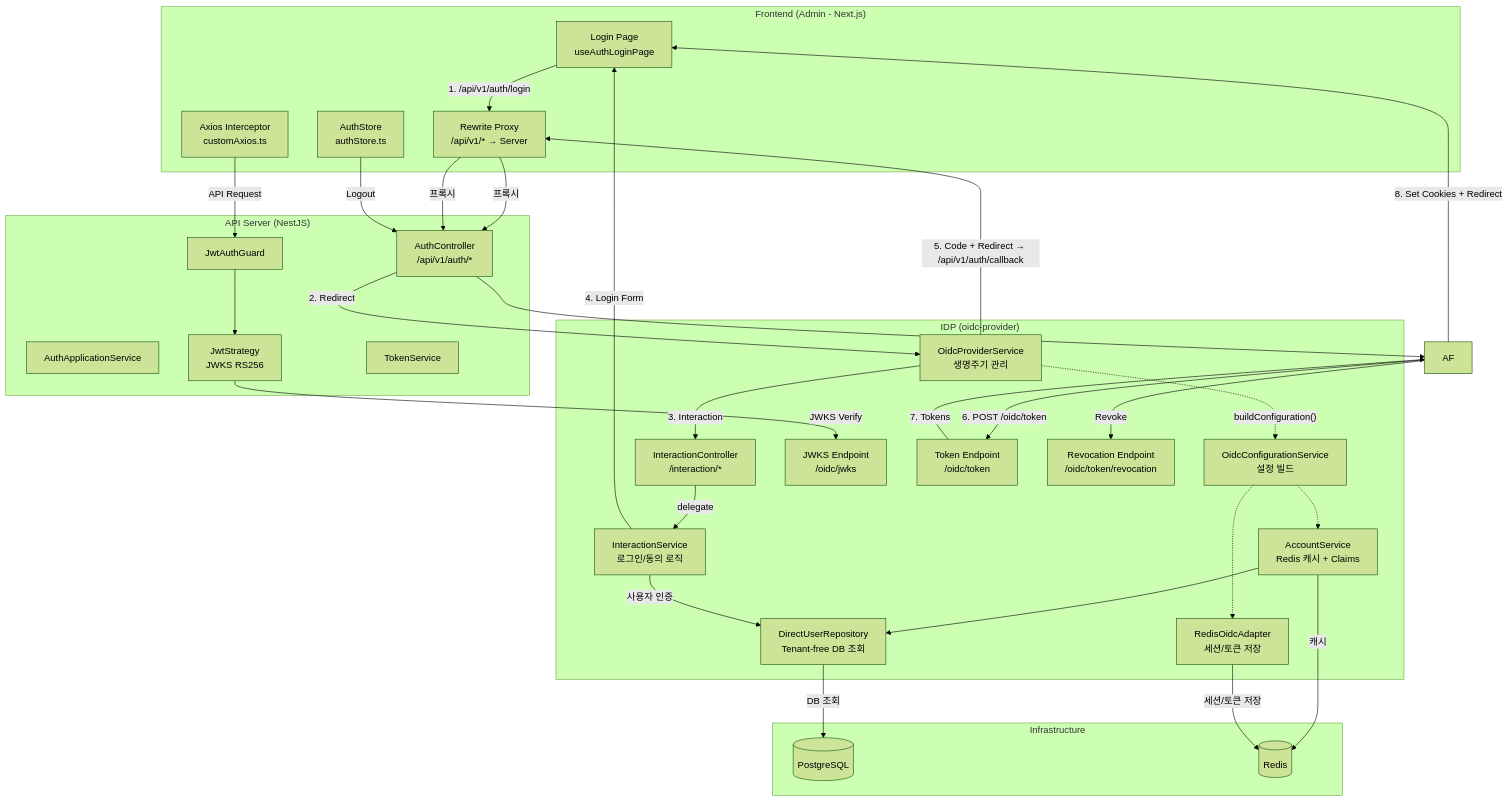
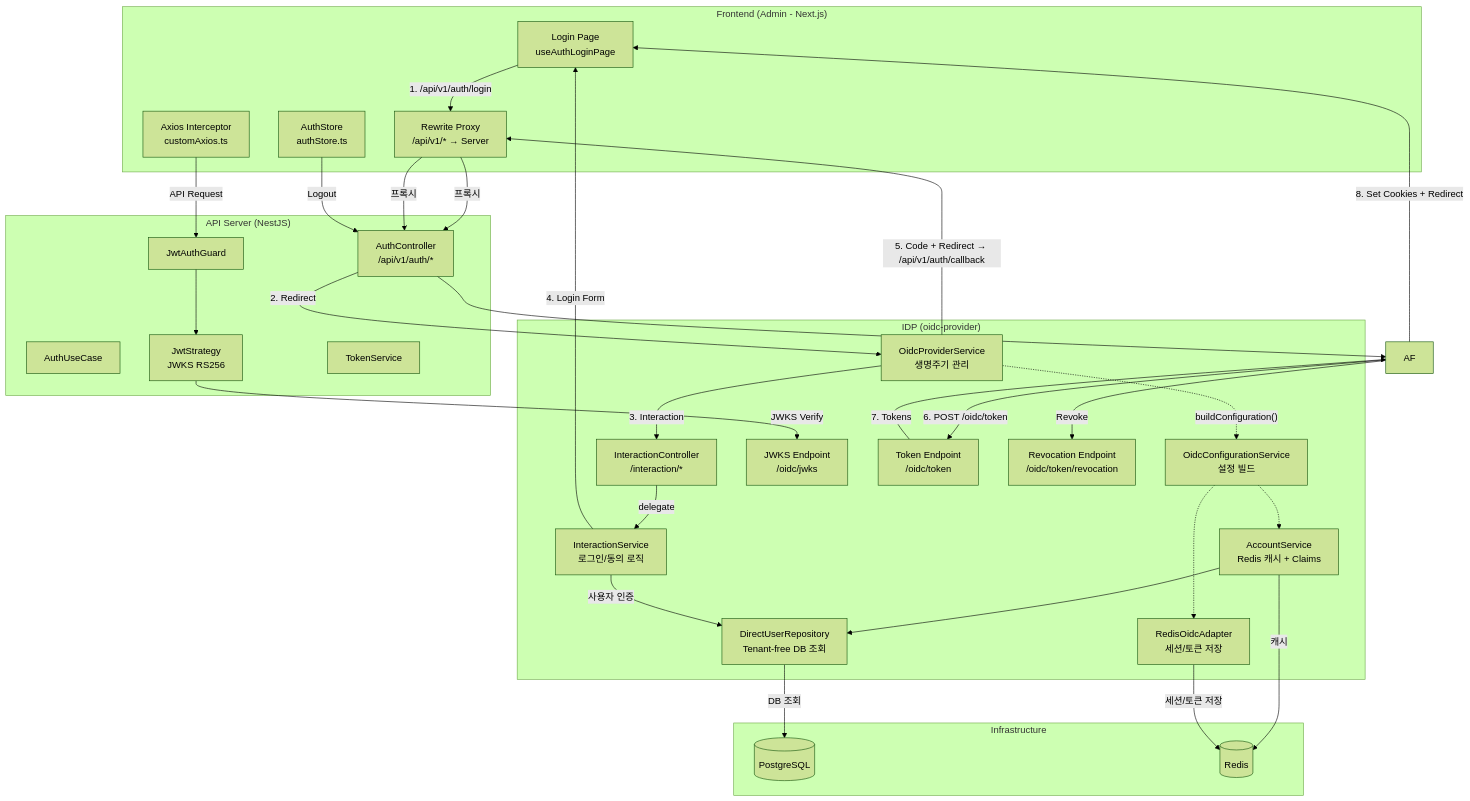
One commit to kimjoongwon/prj-core changed the fifth of 5 diagrams in packages/be-common/_spec/auth-security/oidc-auth-flow.md. Above: the diagram before and after it, drawn with Mermaid (forest theme). The commit also changed other lines of this file and 1759 other files, not shown here.

````diff
--- a/packages/be-common/_spec/auth-security/oidc-auth-flow.md
+++ b/packages/be-common/_spec/auth-security/oidc-auth-flow.md
@@ -372,64 +372,64 @@
 ```mermaid
 graph TB
     subgraph "Frontend (Admin - Next.js)"
         LP[Login Page<br/>useAuthLoginPage]
         RW[Rewrite Proxy<br/>/api/v1/* → Server]
         AX[Axios Interceptor<br/>customAxios.ts]
         AS[AuthStore<br/>authStore.ts]
     end
 
     subgraph "API Server (NestJS)"
         AC[AuthController<br/>/api/v1/auth/*]
-        AAS[AuthApplicationService]
+        AAS[AuthUseCase]
         JG[JwtAuthGuard]
         JS[JwtStrategy<br/>JWKS RS256]
         TS[TokenService]
     end
 
     subgraph "IDP (oidc-provider)"
         OPS[OidcProviderService<br/>생명주기 관리]
         OCS[OidcConfigurationService<br/>설정 빌드]
         IC[InteractionController<br/>/interaction/*]
         IS[InteractionService<br/>로그인/동의 로직]
         ACS[AccountService<br/>Redis 캐시 + Claims]
         DUR[DirectUserRepository<br/>Tenant-free DB 조회]
         ROA[RedisOidcAdapter<br/>세션/토큰 저장]
         JWKS[JWKS Endpoint<br/>/oidc/jwks]
         TE[Token Endpoint<br/>/oidc/token]
         RE[Revocation Endpoint<br/>/oidc/token/revocation]
     end
 
     subgraph "Infrastructure"
         DB[(PostgreSQL)]
         RD[(Redis)]
     end
 
     LP -->|"1. /api/v1/auth/login"| RW
     RW -->|"프록시"| AC
     AC -->|"2. Redirect"| OPS
     OPS -->|"3. Interaction"| IC
     IC -->|"delegate"| IS
     IS -->|"4. Login Form"| LP
     OPS -->|"5. Code + Redirect → /api/v1/auth/callback"| RW
     RW -->|"프록시"| AC
     AC --> AF
     AF -->|"6. POST /oidc/token"| TE
     TE -->|"7. Tokens"| AF
     AF -->|"8. Set Cookies + Redirect"| LP
 
     AX -->|"API Request"| JG
     JG --> JS
     JS -->|"JWKS Verify"| JWKS
 
     AS -->|"Logout"| AC
     AF -->|"Revoke"| RE
 
     OPS -.->|"buildConfiguration()"| OCS
     OCS -.-> ACS
     OCS -.-> ROA
     ACS --> DUR
     ACS -->|"캐시"| RD
     DUR -->|"DB 조회"| DB
     IS -->|"사용자 인증"| DUR
     ROA -->|"세션/토큰 저장"| RD
 ```
````
